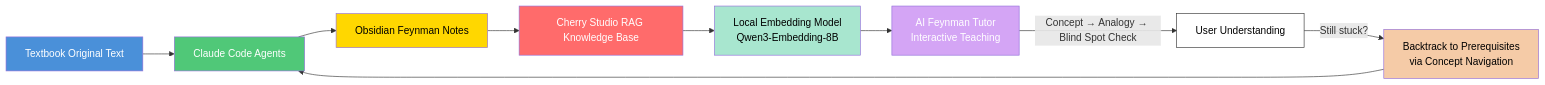
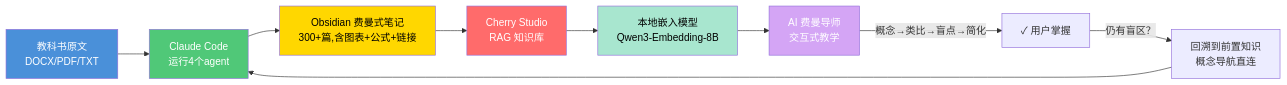
The diagram in README.md (3229218431/FeynFlow), drawn with Mermaid before and after one commit. The commit also changed other lines of this file and 3 other files, not shown here.

````diff
--- a/README.md
+++ b/README.md
@@ -15,21 +23,19 @@
 ```mermaid
 flowchart LR
-    A[Textbook Original Text] --> B[Claude Code Agents]
-    B --> C[Obsidian Feynman Notes]
-    C --> D[Cherry Studio RAG Knowledge Base]
-    D --> E[Local Embedding Model<br>Qwen3-Embedding-8B]
-    E --> F[AI Feynman Tutor<br>Interactive Teaching]
+    A[教科书原文<br>DOCX/PDF/TXT] --> B[Claude Code<br>运行4个agent]
+    B --> C[Obsidian 费曼式笔记<br>300+篇,含图表+公式+链接]
+    C --> D[Cherry Studio<br>RAG 知识库]
+    D --> E[本地嵌入模型<br>Qwen3-Embedding-8B]
+    E --> F[AI 费曼导师<br>交互式教学]
     
-    F -->|"Concept → Analogy → Blind Spot Check"| G[User Understanding]
-    G -->|"Still stuck?"| H[Backtrack to Prerequisites<br>via Concept Navigation]
+    F -->|概念→类比→盲点→简化| G[✓ 用户掌握]
+    G -->|仍有盲区？| H[回溯到前置知识<br>概念导航直连]
     H --> B
-    
+
     style A fill:#4a90d9,color:#fff
     style B fill:#50c878,color:#fff
     style C fill:#ffd700,color:#000
     style D fill:#ff6b6b,color:#fff
     style E fill:#a8e6cf,color:#000
     style F fill:#d4a5f5,color:#fff
-    style G fill:#fff,color:#000,stroke:#333
-    style H fill:#f5cba7,color:#000
 ```
````
